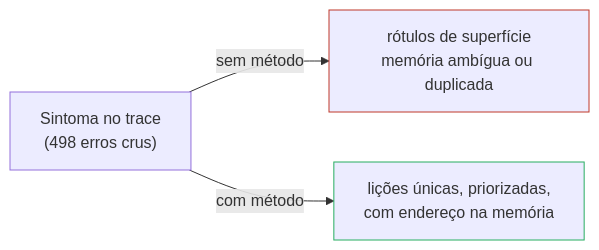
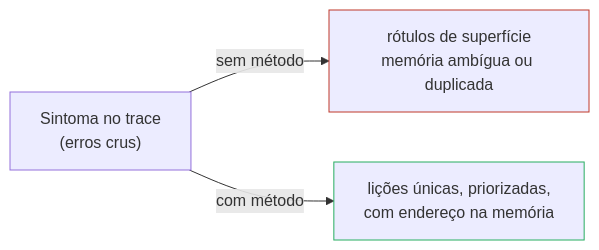
One commit to rc-ventura/memory_layer_ai_agents changed the first of 6 diagrams in discussion/hipoteses/trace-error-taxonomy-methodology/general-error-taxonomy-methodology.md. Above: the diagram before and after it, drawn with Mermaid. The commit also changed other lines of this file and 7 other files, not shown here.

First line of the commit message:
docs: add error-genealogy methodology to CLAUDE.md index + cross-link schema/instantiation/reusable-code

````diff
--- a/discussion/hipoteses/trace-error-taxonomy-methodology/general-error-taxonomy-methodology.md
+++ b/discussion/hipoteses/trace-error-taxonomy-methodology/general-error-taxonomy-methodology.md
@@ -28,7 +28,7 @@
 ```mermaid
 flowchart LR
-    P1["Sintoma no trace<br/>(498 erros crus)"] -->|"sem método"| X1["rótulos de superfície<br/>memória ambígua ou duplicada"]
+    P1["Sintoma no trace<br/>(erros crus)"] -->|"sem método"| X1["rótulos de superfície<br/>memória ambígua ou duplicada"]
     P1 -->|"com método"| X2["lições únicas, priorizadas,<br/>com endereço na memória"]
     style X1 stroke:#c0392b
     style X2 stroke:#27ae60
 ```
````
